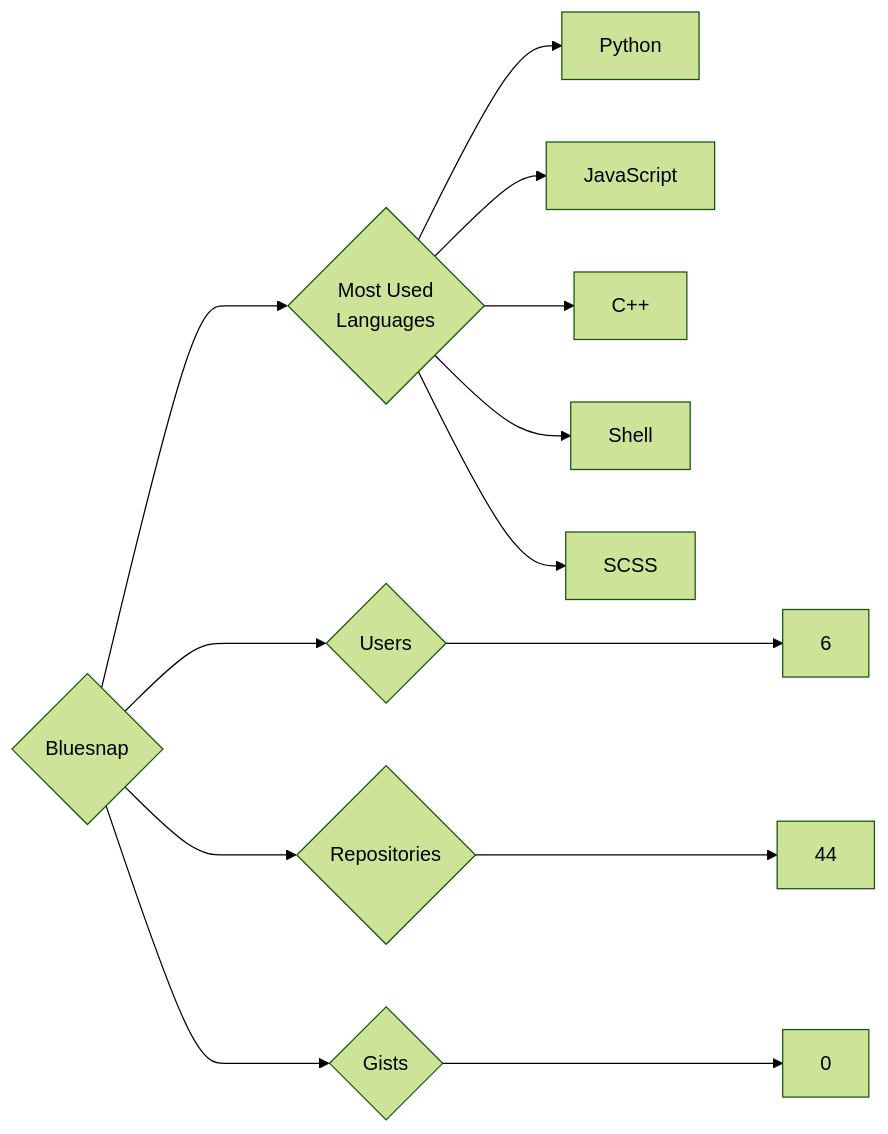
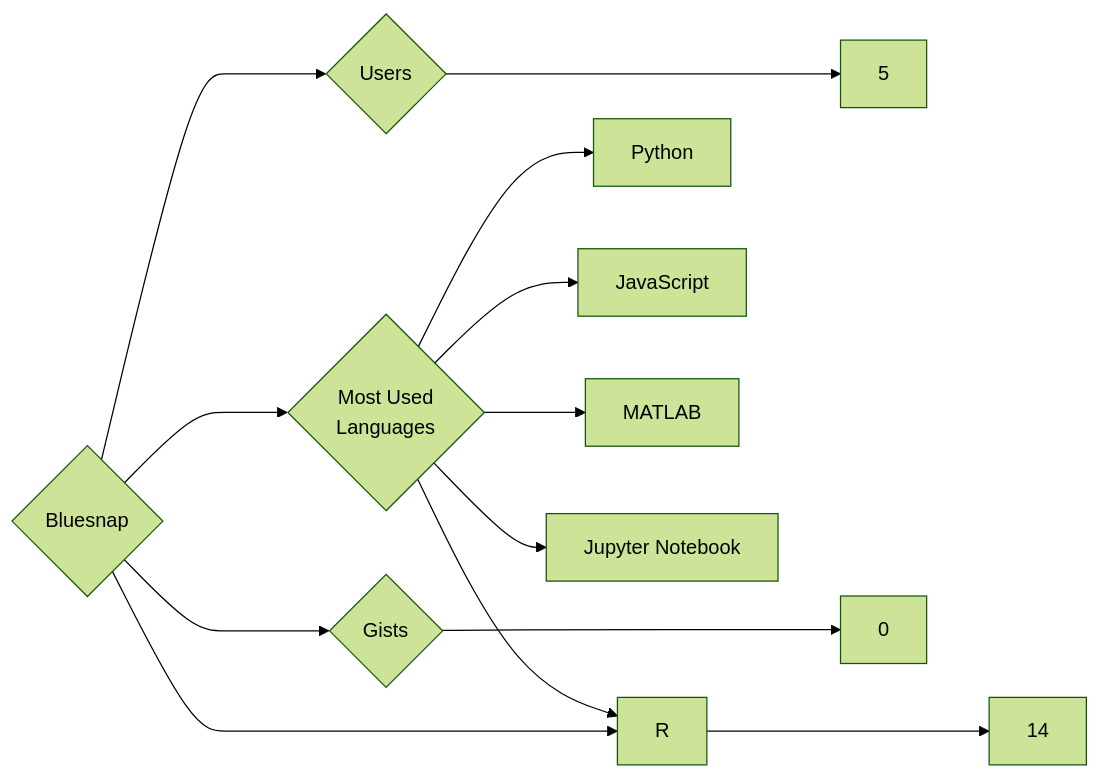
Before and after one commit to trickest/insiders: the diagram in targets/Bluesnap/README.md, drawn with Mermaid (forest theme). The commit also changed 809 other files, not shown here.

````diff
--- a/targets/Bluesnap/README.md
+++ b/targets/Bluesnap/README.md
@@ -3,13 +3,13 @@
 ```mermaid
 graph LR
 COMPANY_NAME{Bluesnap}
-COMPANY_NAME ---> U{Users} ---> UN[6]
-COMPANY_NAME ---> R{Repositories} ---> RN[44]
+COMPANY_NAME ---> U{Users} ---> UN[5]
+COMPANY_NAME ---> R{Repositories} ---> RN[14]
 COMPANY_NAME ---> G{Gists} ---> GN[0]
 COMPANY_NAME ---> ML{Most Used<br>Languages}
 ML --> Python[Python]
 ML --> JavaScript[JavaScript]
-ML --> C++[C++]
-ML --> Shell[Shell]
-ML --> SCSS[SCSS]
+ML --> R[R]
+ML --> MATLAB[MATLAB]
+ML --> Jupyter_Notebook[Jupyter Notebook]
 ```
````
